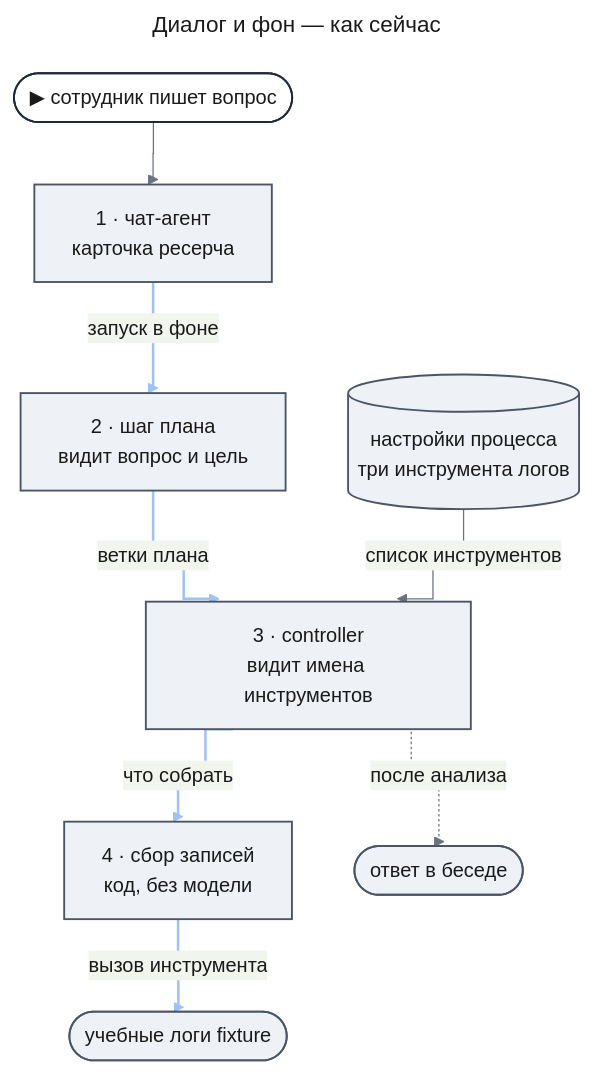
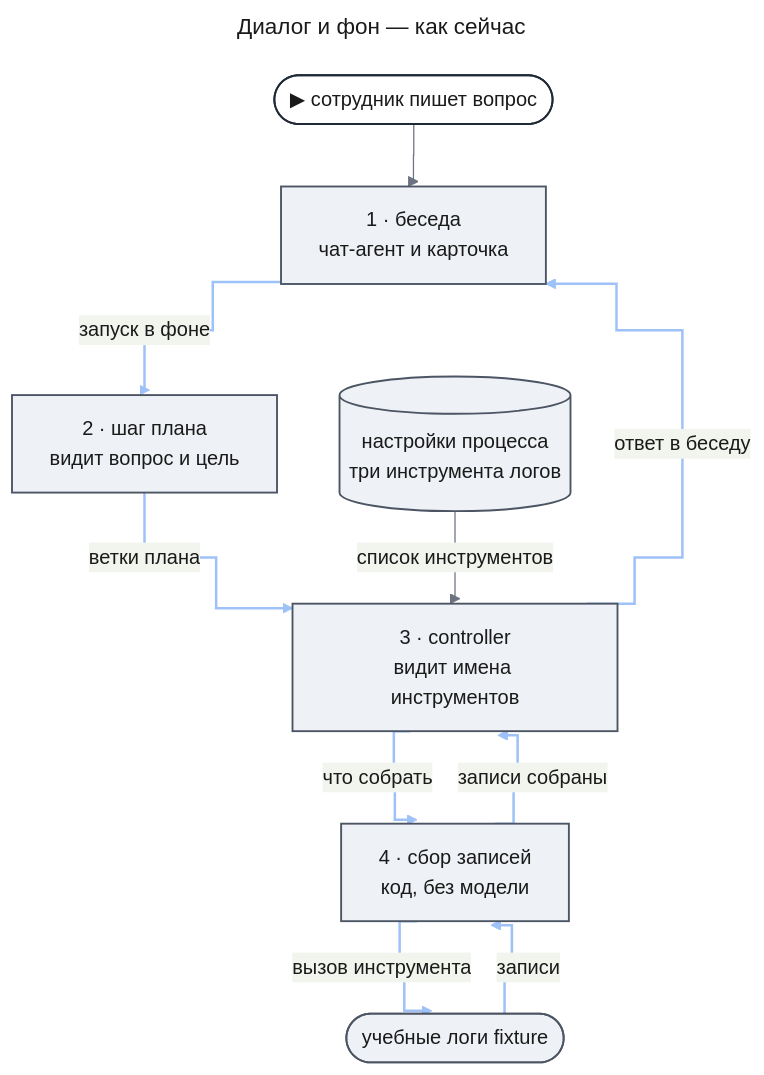
The first of 7 diagrams in docs/features/source-planning/prd.md (tundraray/agent-os), drawn with Mermaid before and after one commit. The commit also changed other lines of this file, not shown here.

````diff
--- a/docs/features/source-planning/prd.md
+++ b/docs/features/source-planning/prd.md
@@ -44,45 +46,52 @@
 ```mermaid
 ---
 title: "Диалог и фон — как сейчас"
 config:
   theme: base
   look: classic
   themeVariables:
     primaryColor: "#eef1f5"
     primaryBorderColor: "#4b5563"
     primaryTextColor: "#1a1a1a"
     lineColor: "#6b7280"
   flowchart:
     curve: step
   themeCSS: |
-    @keyframes litr_sp1{0%,22.5%{stroke:#1d4ed8;stroke-width:6px}25%,100%{stroke:#9ec1f7;stroke-width:2px}}
+    @keyframes litr_sp1{0%,12.86%{stroke:#1d4ed8;stroke-width:6px}14.29%,100%{stroke:#9ec1f7;stroke-width:2px}}
 ---
 flowchart TB
     entry(["▶ сотрудник пишет вопрос"])
-    chat["1 · чат-агент<br/>карточка ресерча"]
+    chat["1 · беседа<br/>чат-агент и карточка"]
     plan["2 · шаг плана<br/>видит вопрос и цель"]
     ctl["3 · controller<br/>видит имена инструментов"]
     fetch["4 · сбор записей<br/>код, без модели"]
     src(["учебные логи fixture"])
     cfg[("настройки процесса<br/>три инструмента логов")]
-    ans(["ответ в беседе"])
     entry --> chat
     chat e1@-->|"запуск в фоне"| plan
     plan e2@-->|"ветки плана"| ctl
     ctl e3@-->|"что собрать"| fetch
     fetch e4@-->|"вызов инструмента"| src
+    src e5@-->|"записи"| fetch
+    fetch e6@-->|"записи собраны"| ctl
+    ctl e7@-->|"ответ в беседу"| chat
     cfg -->|"список инструментов"| ctl
-    ctl -.->|"после анализа"| ans
     classDef entry fill:#ffffff,stroke:#1f2937,stroke-width:1.5px,color:#1a1a1a
     classDef unchanged fill:#eef1f5,stroke:#4b5563,stroke-width:1.5px,color:#1a1a1a
-    classDef r1 stroke:#9ec1f7,stroke-width:2px,animation:litr_sp1 4.8s linear 0s infinite
-    classDef r2 stroke:#9ec1f7,stroke-width:2px,animation:litr_sp1 4.8s linear 1.2s infinite
-    classDef r3 stroke:#9ec1f7,stroke-width:2px,animation:litr_sp1 4.8s linear 2.4s infinite
-    classDef r4 stroke:#9ec1f7,stroke-width:2px,animation:litr_sp1 4.8s linear 3.6s infinite
+    classDef r1 stroke:#9ec1f7,stroke-width:2px,animation:litr_sp1 8.4s linear 0s infinite
+    classDef r2 stroke:#9ec1f7,stroke-width:2px,animation:litr_sp1 8.4s linear 1.2s infinite
+    classDef r3 stroke:#9ec1f7,stroke-width:2px,animation:litr_sp1 8.4s linear 2.4s infinite
+    classDef r4 stroke:#9ec1f7,stroke-width:2px,animation:litr_sp1 8.4s linear 3.6s infinite
+    classDef r5 stroke:#9ec1f7,stroke-width:2px,animation:litr_sp1 8.4s linear 4.8s infinite
+    classDef r6 stroke:#9ec1f7,stroke-width:2px,animation:litr_sp1 8.4s linear 6s infinite
+    classDef r7 stroke:#9ec1f7,stroke-width:2px,animation:litr_sp1 8.4s linear 7.2s infinite
     class entry entry
-    class chat,plan,ctl,fetch,src,cfg,ans unchanged
+    class chat,plan,ctl,fetch,src,cfg unchanged
     class e1 r1
     class e2 r2
     class e3 r3
     class e4 r4
+    class e5 r5
+    class e6 r6
+    class e7 r7
 ```
````
